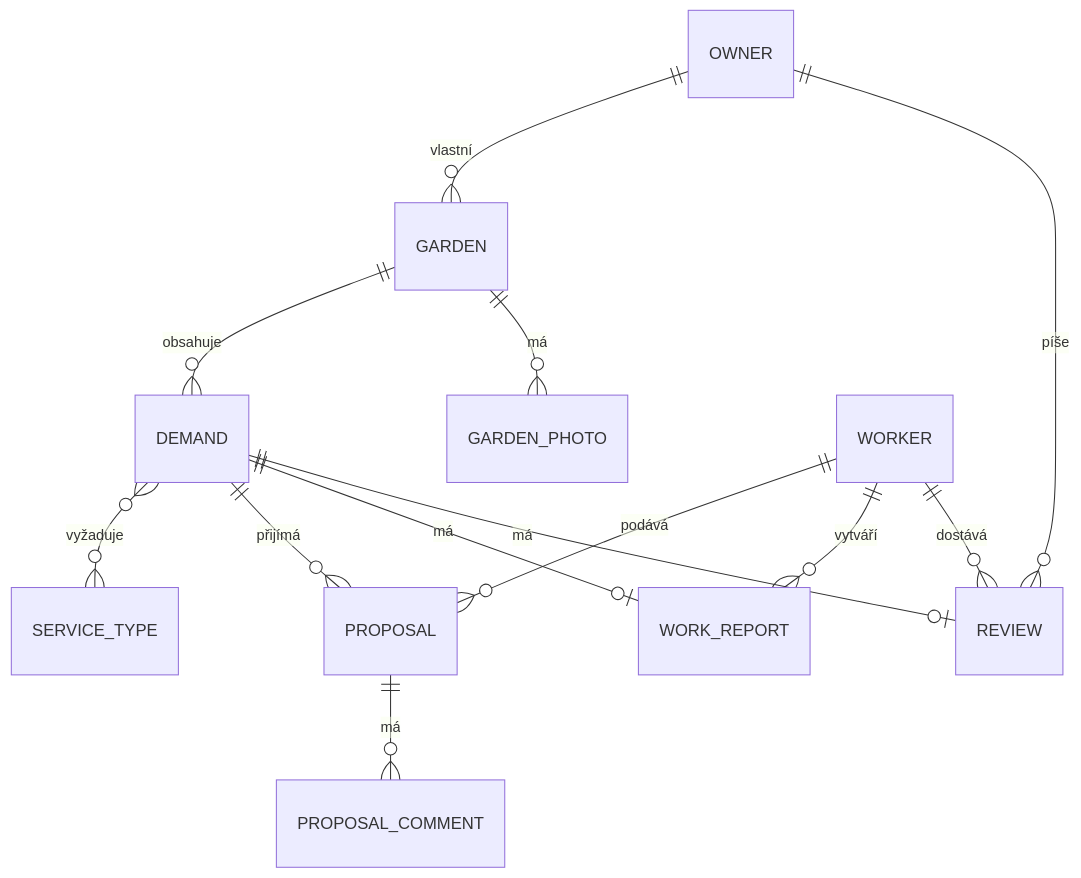
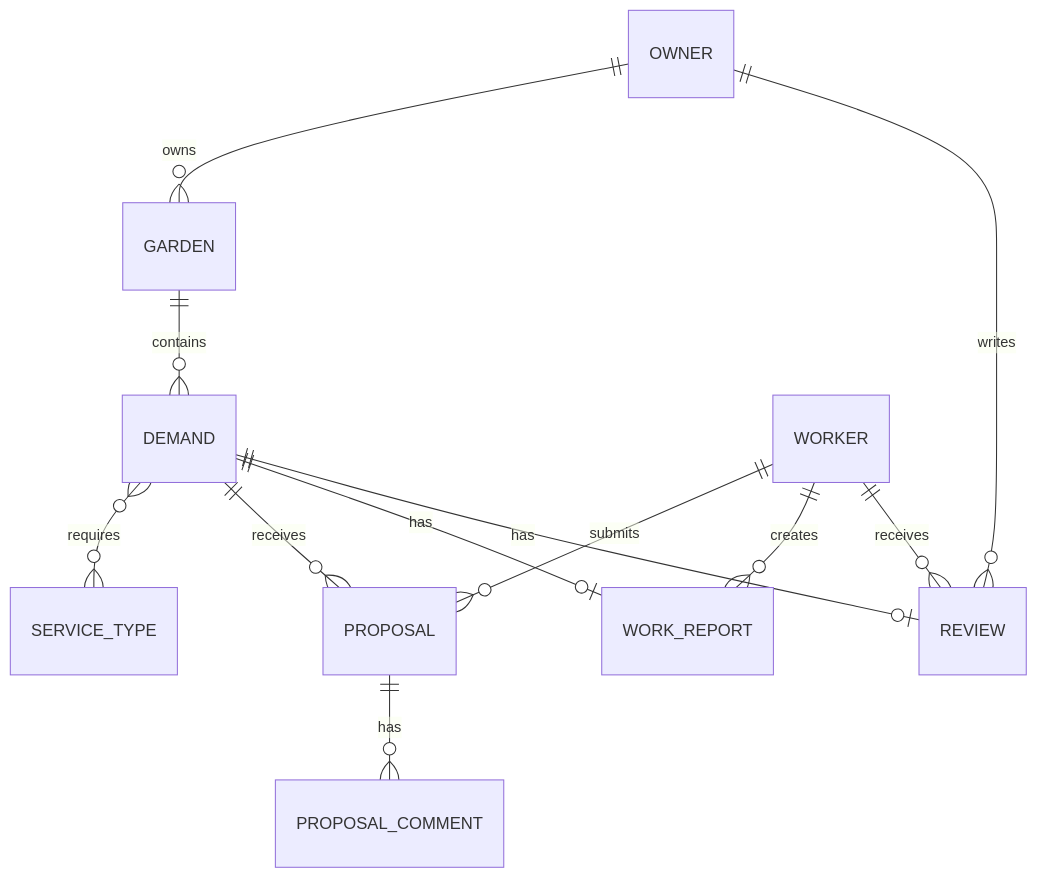
The first of 3 diagrams in docs/TECHNICKA_DOKUMENTACE.md (mirovisus/zahrada_backend), drawn with Mermaid before and after one commit. The commit also changed other lines of this file and 1 other file, not shown here.

````diff
--- a/docs/TECHNICKA_DOKUMENTACE.md
+++ b/docs/TECHNICKA_DOKUMENTACE.md
@@ -85,15 +89,14 @@
 ```mermaid
 erDiagram
-    OWNER ||--o{ GARDEN : vlastní
-    GARDEN ||--o{ DEMAND : obsahuje
-    GARDEN ||--o{ GARDEN_PHOTO : má
-    DEMAND }o--o{ SERVICE_TYPE : vyžaduje
-    DEMAND ||--o{ PROPOSAL : přijímá
-    WORKER ||--o{ PROPOSAL : podává
-    PROPOSAL ||--o{ PROPOSAL_COMMENT : má
-    DEMAND ||--o| WORK_REPORT : má
-    WORKER ||--o{ WORK_REPORT : vytváří
-    DEMAND ||--o| REVIEW : má
-    OWNER ||--o{ REVIEW : píše
-    WORKER ||--o{ REVIEW : dostává
+    OWNER ||--o{ GARDEN : owns
+    GARDEN ||--o{ DEMAND : contains
+    DEMAND }o--o{ SERVICE_TYPE : requires
+    DEMAND ||--o{ PROPOSAL : receives
+    WORKER ||--o{ PROPOSAL : submits
+    PROPOSAL ||--o{ PROPOSAL_COMMENT : has
+    DEMAND ||--o| WORK_REPORT : has
+    WORKER ||--o{ WORK_REPORT : creates
+    DEMAND ||--o| REVIEW : has
+    OWNER ||--o{ REVIEW : writes
+    WORKER ||--o{ REVIEW : receives
 ```
````
